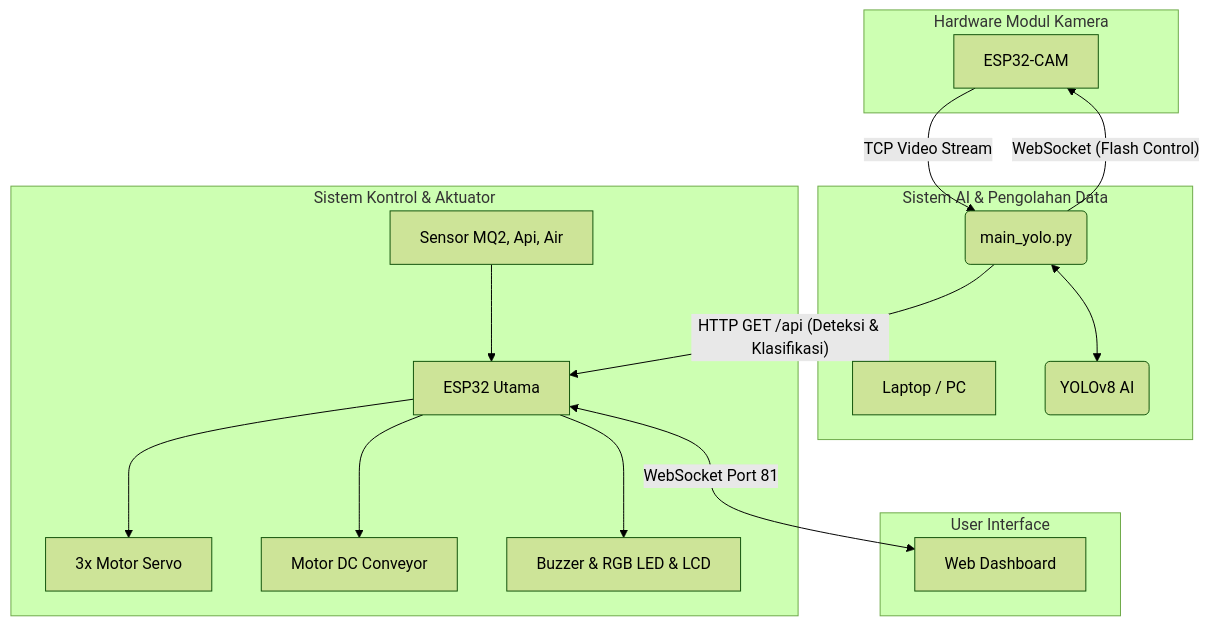
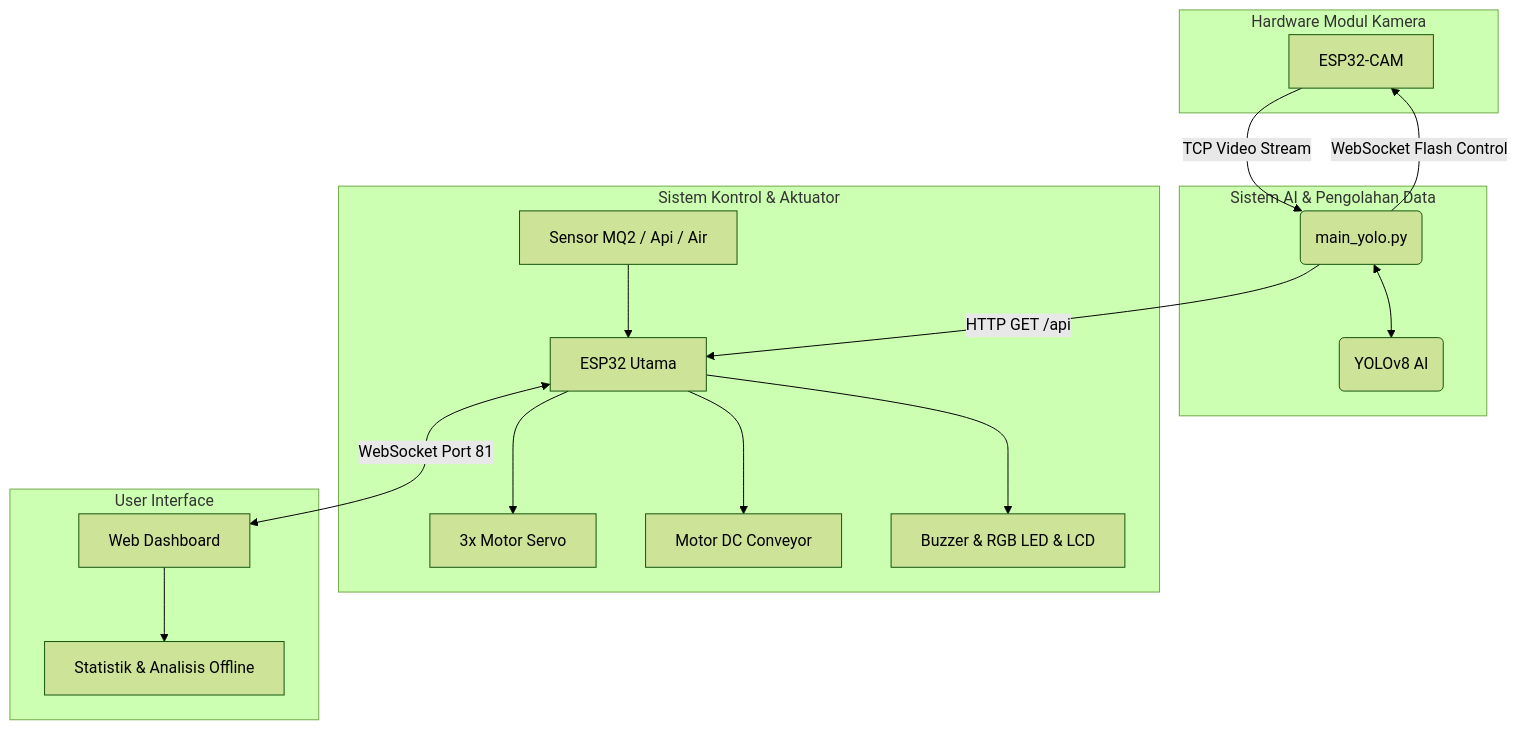
One commit to Zmc18-Robotics/AI_Medical_Waste_Sorting_Systems_ProjectCNC_HIMTIKA---MECHATRONICS---ROBOTICS---AIOT--- changed the diagram in README.md. Above: the diagram before and after it, drawn with Mermaid (forest theme). The commit also changed other lines of this file, not shown here.

````diff
--- a/README.md
+++ b/README.md
@@ -216,43 +236,35 @@
 ```mermaid
 graph TD
     subgraph K[Hardware Modul Kamera]
         CAM[ESP32-CAM]
     end
 
     subgraph P[Sistem AI & Pengolahan Data]
-        PC[Laptop / PC]
+        SCRIPT(main_yolo.py)
         YOLO(YOLOv8 AI)
-        SCRIPT(main_yolo.py)
     end
 
     subgraph E[Sistem Kontrol & Aktuator]
         ESP[ESP32 Utama]
         SERVO[3x Motor Servo]
         MOTOR[Motor DC Conveyor]
-        SENSORS[Sensor MQ2, Api, Air]
+        SENSORS[Sensor MQ2 / Api / Air]
         ALERTS[Buzzer & RGB LED & LCD]
     end
 
     subgraph W[User Interface]
         WEB[Web Dashboard]
+        STATS[Statistik & Analisis Offline]
     end
 
-    %% Koneksi Kamera ke PC
     CAM -- "TCP Video Stream" --> SCRIPT
-    SCRIPT -- "WebSocket (Flash Control)" --> CAM
-    
-    %% Internal PC
+    SCRIPT -- "WebSocket Flash Control" --> CAM
     SCRIPT <--> YOLO
-    
-    %% PC ke ESP32 Utama
-    SCRIPT -- "HTTP GET /api (Deteksi & Klasifikasi)" --> ESP
-    
-    %% Internal ESP32
+    SCRIPT -- "HTTP GET /api" --> ESP
     ESP --> SERVO
     ESP --> MOTOR
     SENSORS --> ESP
     ESP --> ALERTS
-    
-    %% ESP32 ke Web
     ESP <-->|WebSocket Port 81| WEB
+    WEB --> STATS
 ```
````
